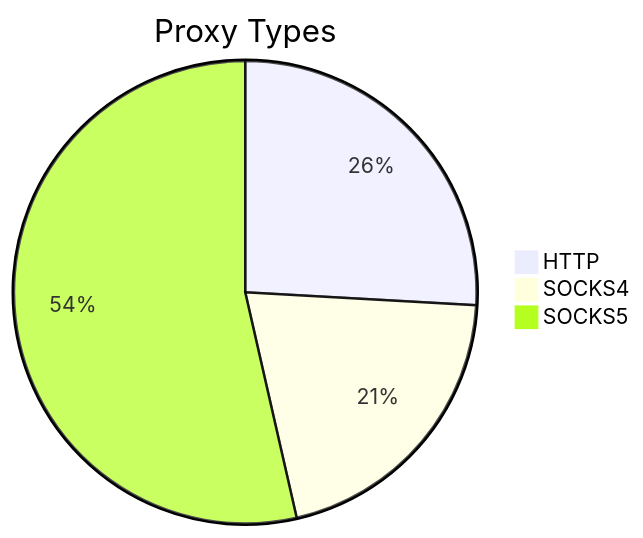
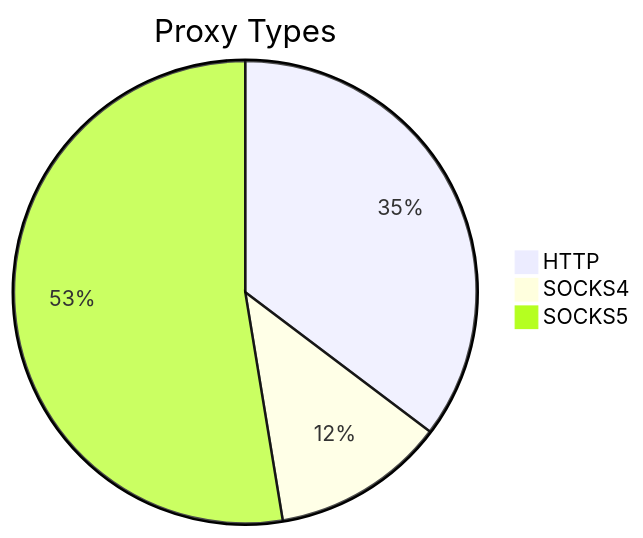
Before and after one commit to stormsia/proxy-list: the first of 2 diagrams in README.md, drawn with Mermaid. The commit also changed other lines of this file, not shown here.

````diff
--- a/README.md
+++ b/README.md
@@ -21,6 +21,6 @@
 ```mermaid
 pie title Proxy Types
-    "HTTP" : 87
-    "SOCKS4" : 69
-    "SOCKS5" : 180
+    "HTTP" : 102
+    "SOCKS4" : 35
+    "SOCKS5" : 152
 ```
````
